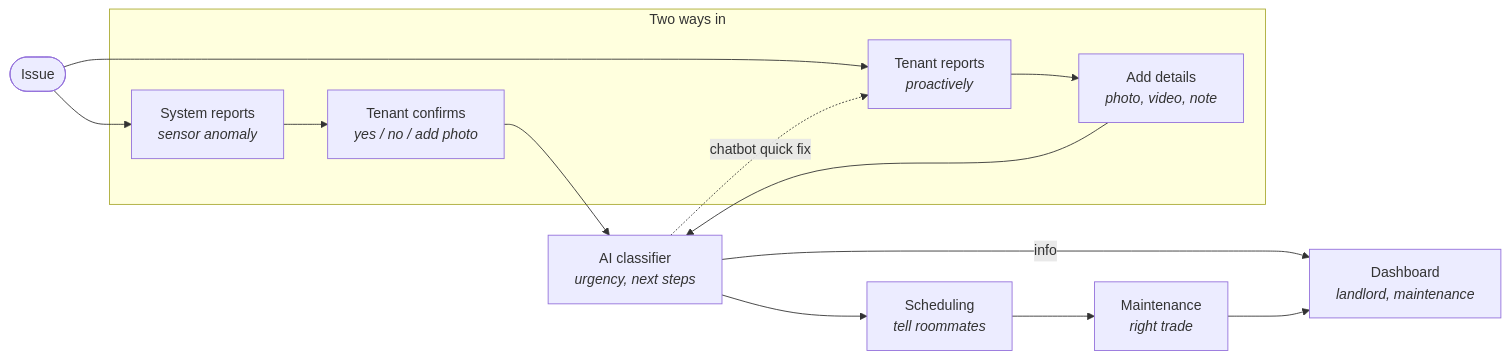
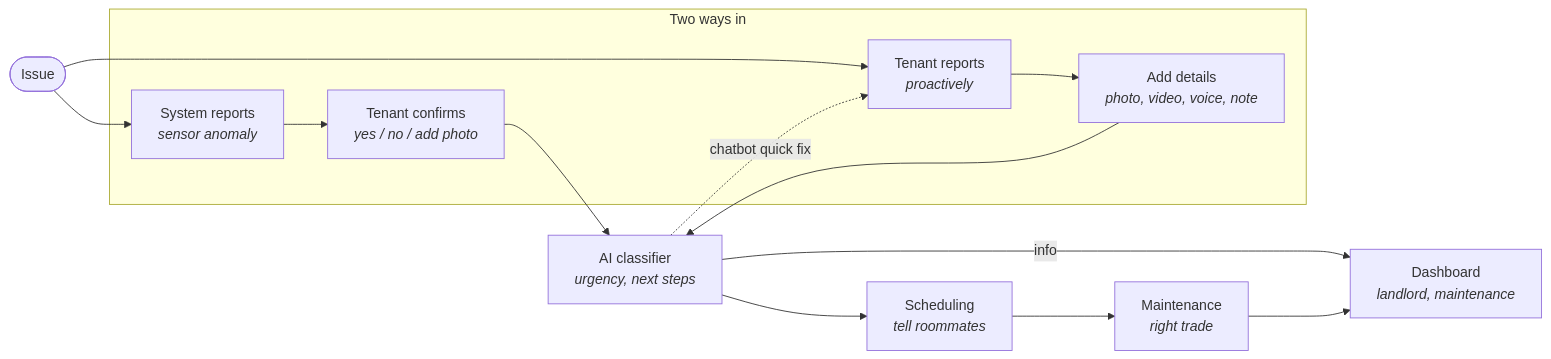
The first of 4 diagrams in architecture.md (lepn202/DT-GroupProject), drawn with Mermaid before and after one commit. The commit also changed other lines of this file and 2 other files, not shown here.

````diff
--- a/architecture.md
+++ b/architecture.md
@@ -13,22 +25,22 @@
 ```mermaid
 flowchart LR
     Issue([Issue])
 
     subgraph Detect["Two ways in"]
         SR["System reports<br/><i>sensor anomaly</i>"]
         TC["Tenant confirms<br/><i>yes / no / add photo</i>"]
         TR["Tenant reports<br/><i>proactively</i>"]
-        AD["Add details<br/><i>photo, video, note</i>"]
+        AD["Add details<br/><i>photo, video, voice, note</i>"]
     end
 
     AI["AI classifier<br/><i>urgency, next steps</i>"]
     SCH["Scheduling<br/><i>tell roommates</i>"]
     MNT["Maintenance<br/><i>right trade</i>"]
     DB["Dashboard<br/><i>landlord, maintenance</i>"]
 
     Issue --> SR --> TC --> AI
     Issue --> TR --> AD --> AI
     AI -- "info" --> DB
     AI --> SCH --> MNT --> DB
     AI -. "chatbot quick fix" .-> TR
 ```
````
